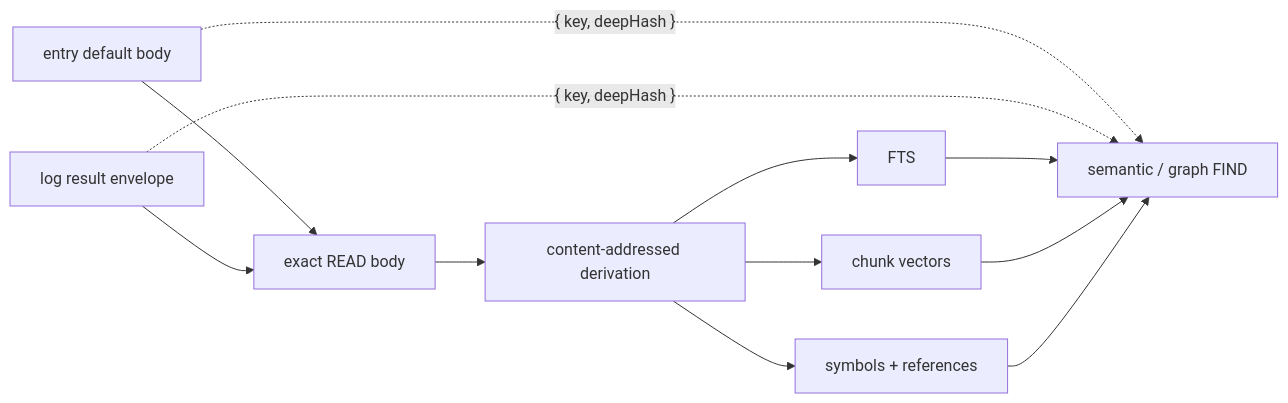
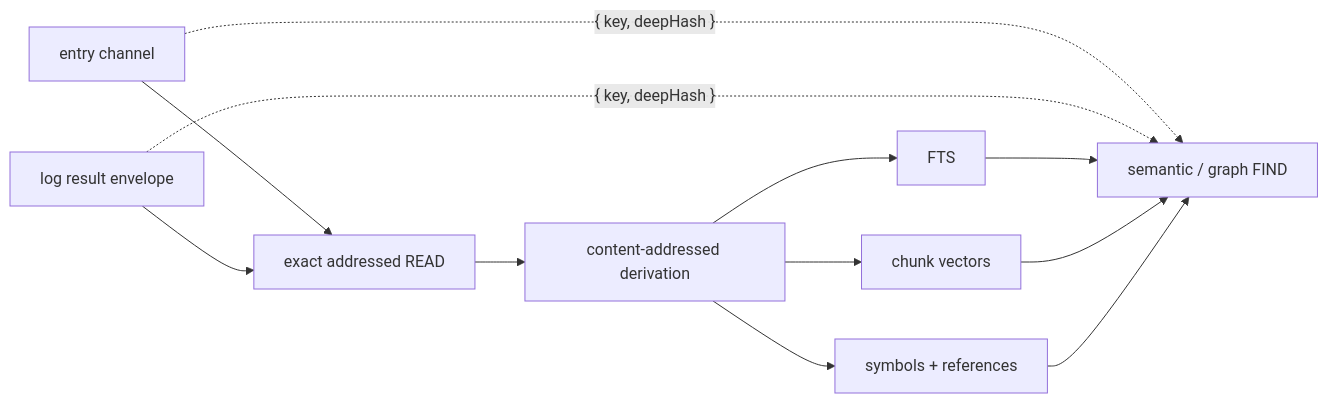
One commit to plurnk/plurnk-service changed diagram 12 of 19 in plurnk-core/SPEC.md. Above: the diagram before and after it, drawn with Mermaid. The commit also changed other lines of this file and 18 other files, not shown here.

````diff
--- a/plurnk-core/SPEC.md
+++ b/plurnk-core/SPEC.md
@@ -1144,14 +1144,14 @@
 ```mermaid
 flowchart LR
-    E["entry default body"] --> P["exact READ body"]
+    E["entry channel"] --> P["exact addressed READ"]
     L["log result envelope"] --> P
     P --> H["content-addressed derivation"]
     H --> F["FTS"]
     H --> V["chunk vectors"]
     H --> G["symbols + references"]
     E -. "{ key, deepHash }" .-> Q["semantic / graph FIND"]
     L -. "{ key, deepHash }" .-> Q
     F --> Q
     V --> Q
     G --> Q
 ```
````
